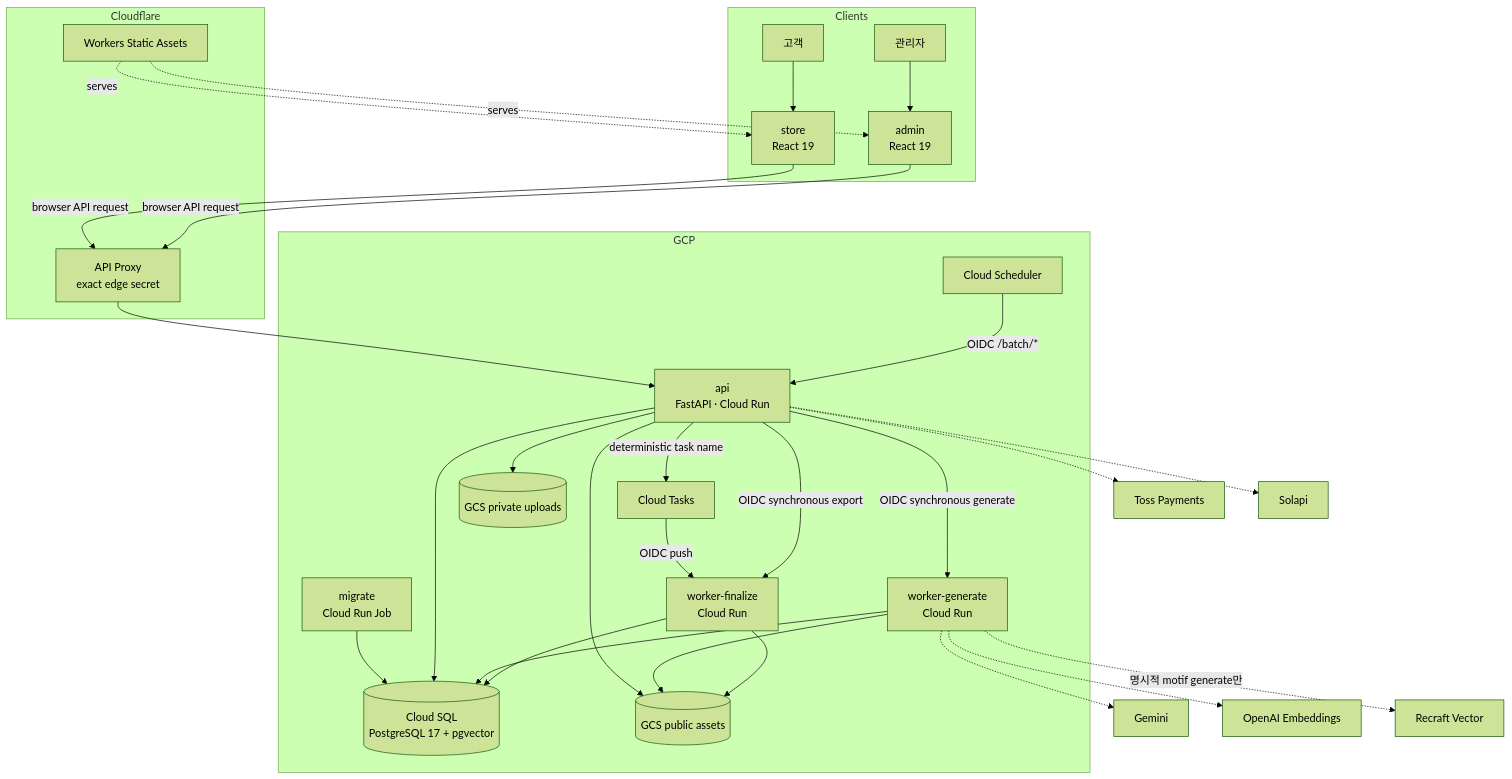
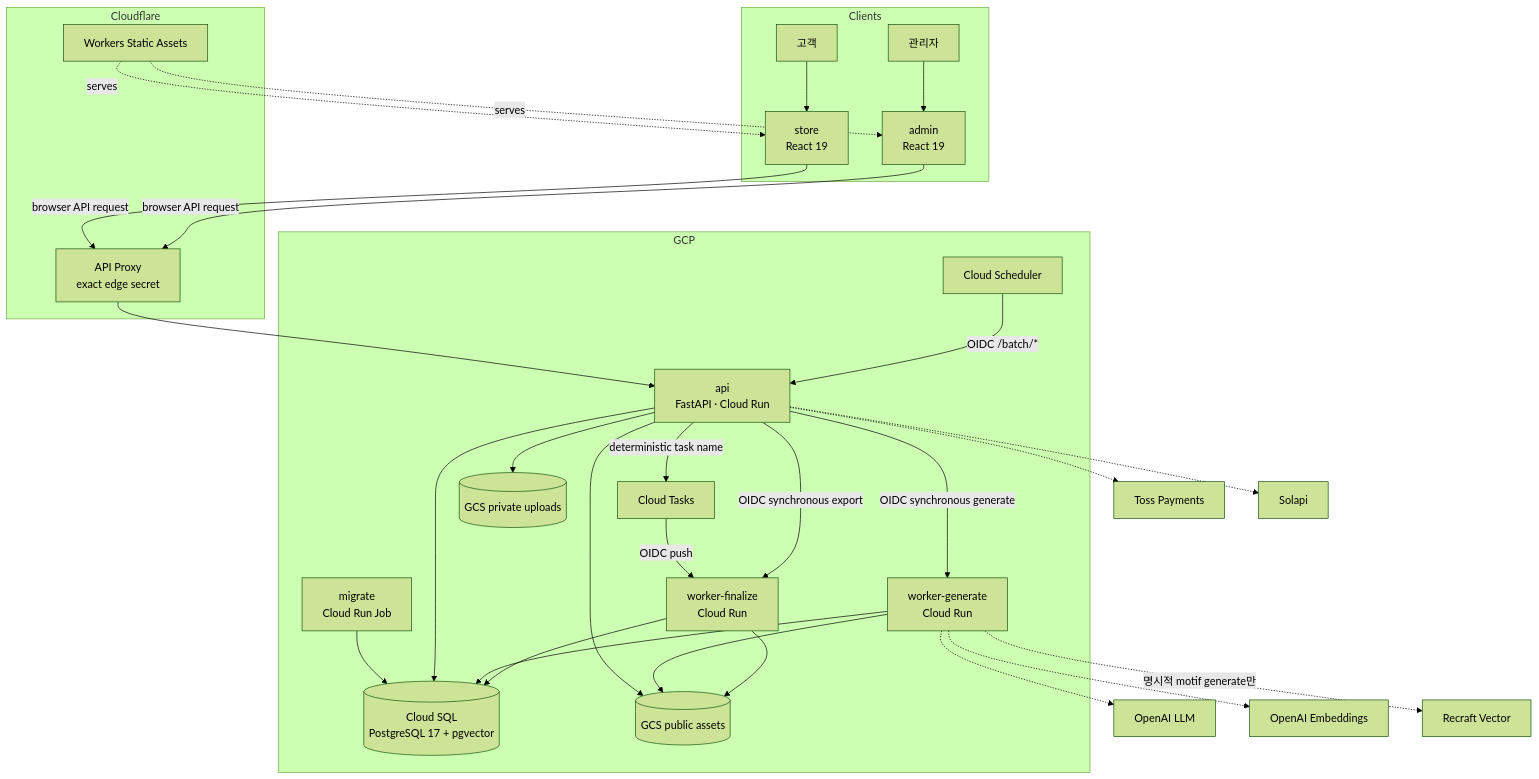
One commit to Bongseop-Kim/essesion changed the first of 8 diagrams in ARCHITECTURE.md. Above: the diagram before and after it, drawn with Mermaid (forest theme). The commit also changed other lines of this file and 56 other files, not shown here.

First line of the commit message:
Migrate worker LLM and embeddings to OpenAI

````diff
--- a/ARCHITECTURE.md
+++ b/ARCHITECTURE.md
@@ -87,53 +87,53 @@
 ```mermaid
 flowchart TB
     subgraph Clients
         Customer[고객]
         Operator[관리자]
         Store[store<br/>React 19]
         Admin[admin<br/>React 19]
         Customer --> Store
         Operator --> Admin
     end
 
     subgraph Cloudflare
         Static[Workers Static Assets]
         Proxy[API Proxy<br/>exact edge secret]
         Static -. serves .-> Store
         Static -. serves .-> Admin
         Store -->|browser API request| Proxy
         Admin -->|browser API request| Proxy
     end
 
     subgraph GCP
         API[api<br/>FastAPI · Cloud Run]
         Generate[worker-generate<br/>Cloud Run]
         Finalize[worker-finalize<br/>Cloud Run]
         Tasks[Cloud Tasks]
         Scheduler[Cloud Scheduler]
         Migrate[migrate<br/>Cloud Run Job]
         SQL[(Cloud SQL<br/>PostgreSQL 17 + pgvector)]
         Assets[(GCS public assets)]
         Uploads[(GCS private uploads)]
 
         Proxy --> API
         API -->|OIDC synchronous generate| Generate
         API -->|deterministic task name| Tasks
         Tasks -->|OIDC push| Finalize
         API -->|OIDC synchronous export| Finalize
         Scheduler -->|OIDC /batch/*| API
         Migrate --> SQL
         API --> SQL
         Generate --> SQL
         Finalize --> SQL
         API --> Assets
         API --> Uploads
         Generate --> Assets
         Finalize --> Assets
     end
 
-    Generate -.-> Gemini[Gemini]
+    Generate -.-> LLM[OpenAI LLM]
     Generate -.-> Embedding[OpenAI Embeddings]
     Generate -.->|명시적 motif generate만| Recraft[Recraft Vector]
     API -.-> Toss[Toss Payments]
     API -.-> Solapi[Solapi]
 ```
````
